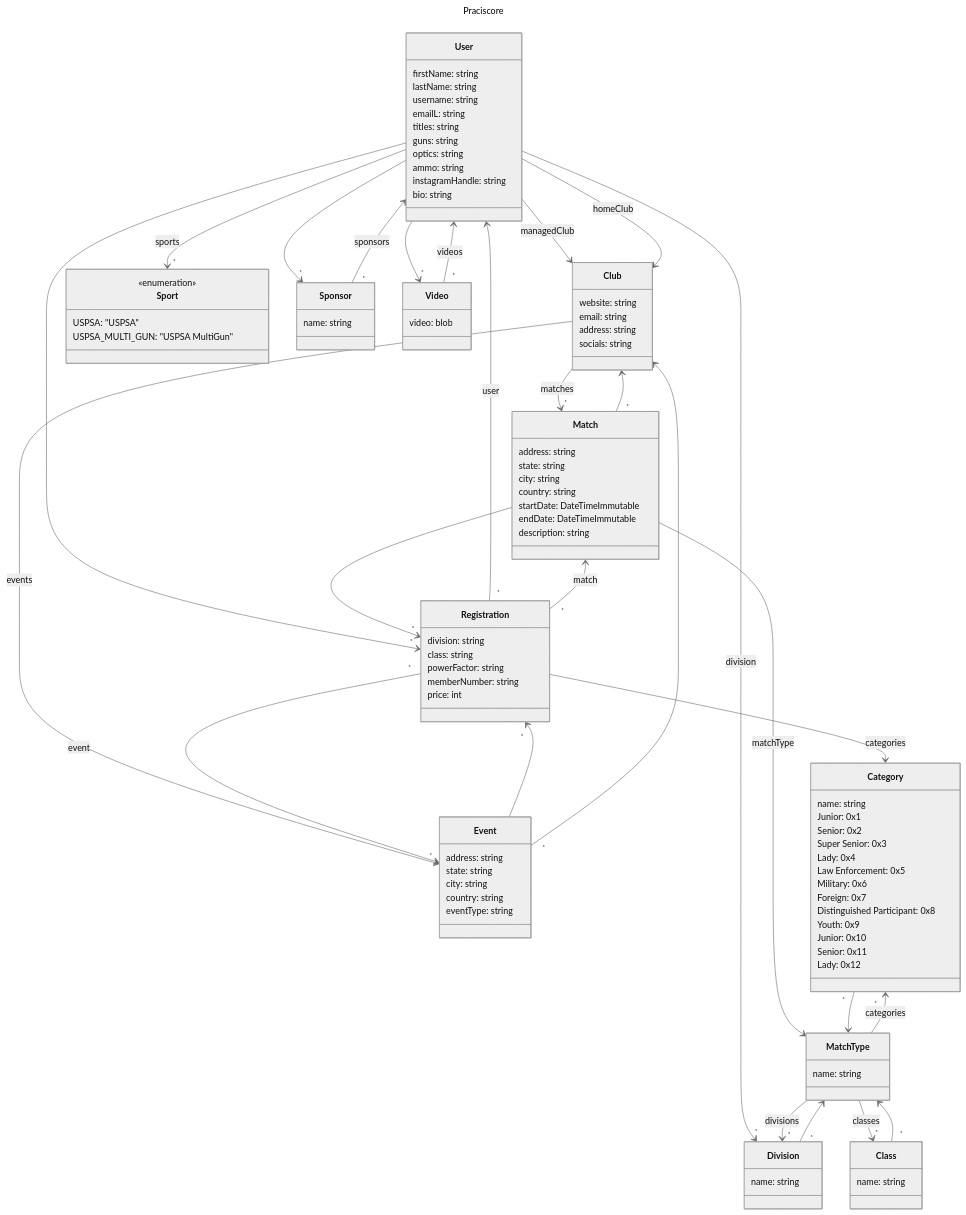
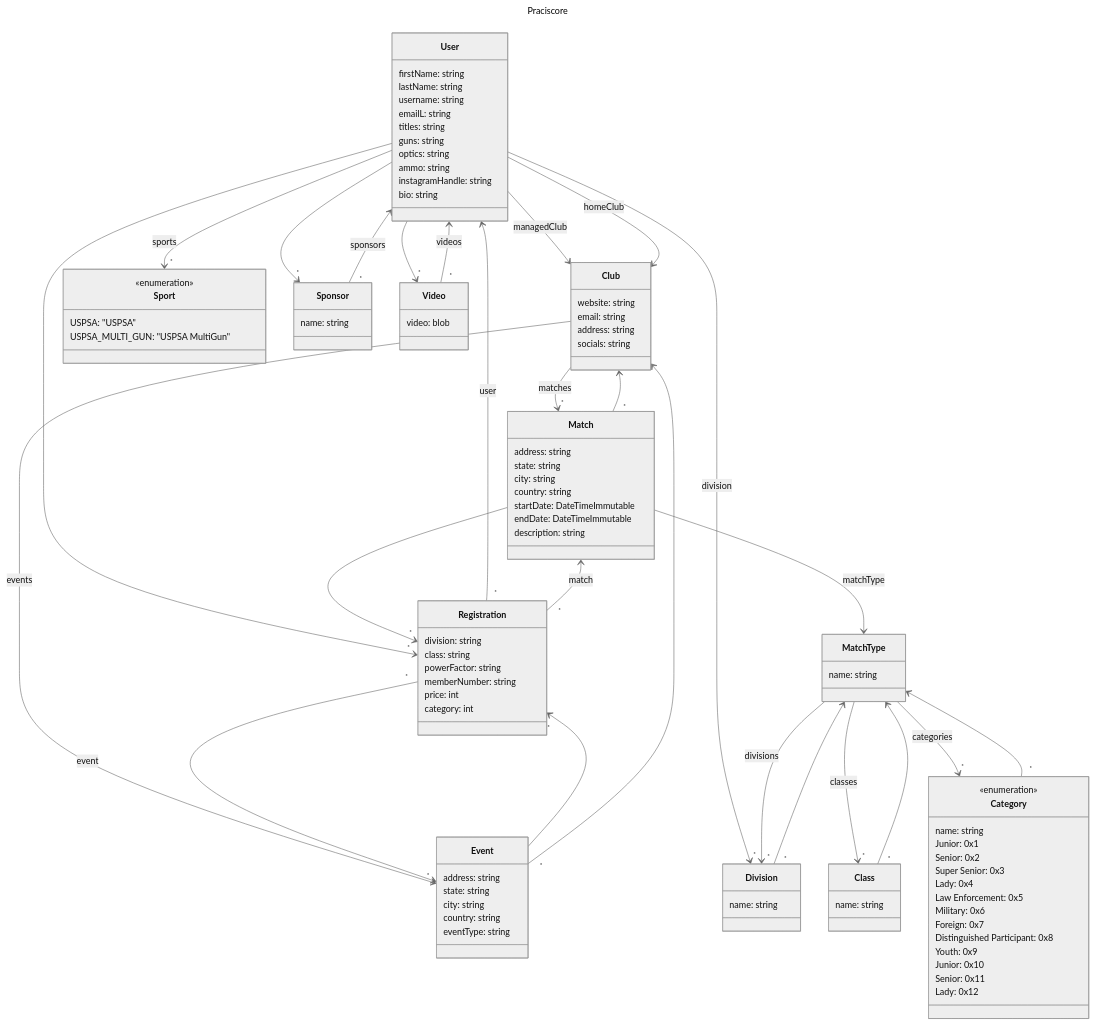
The diagram in docs/class_diagram.mmd (DankYoda/Practiscore), drawn with Mermaid (neutral theme) before and after one commit.

Commit message:
Added match type information

```diff
--- a/docs/class_diagram.mmd
+++ b/docs/class_diagram.mmd
@@ -1,115 +1,116 @@
 ---
 title: Praciscore
 ---
 classDiagram
     User --> Club: managedClub
     User --> Club: homeClub
     User --> "*" Sport: sports
     User --> "*" Division: division
     User --> "*" Sponsor
     User --> "*" Video
     User --> "*" Registration
     class User {
         firstName: string
         lastName: string
         username: string
         emailL: string
         titles: string
         guns: string
         optics: string
         ammo: string
         instagramHandle: string
         bio: string
     }
     Club --> "*" Match: matches
     Club --> "*" Event: events
     class Club {
         website: string
         email: string
         address: string
         socials: string
     }
     Match --> "*" Registration
     Match --> MatchType: matchType
     Match "*" --> Club
     class Match {
         address: string
         state: string
         city: string
         country: string
         startDate: DateTimeImmutable
         endDate: DateTimeImmutable
         description: string
     }
     Registration "*" --> User: user
     Registration "*" --> Event: event
     Registration "*" --> Match: match
-    Registration --> Category: categories
     class Registration {
         division: string
         class: string
         powerFactor: string
         memberNumber: string
         price: int
+        category: int
     }
 
     Event --> "*" Registration
     Event "*" --> Club
     class Event {
         address: string
         state: string
         city: string
         country: string
         eventType: string
     }
 
     MatchType --> "*" Division: divisions
     MatchType --> "*" Class: classes
     MatchType --> "*" Category: categories
     class MatchType {
         name: string
     }
     Division "*" --> MatchType
     class Division {
         name: string
     }
     Class "*" --> MatchType
     class Class {
         name: string
     }
     Category "*" --> MatchType
     class Category {
         name: string
     }
 
 
     Sponsor "*" --> User: sponsors
     class Sponsor {
         name: string
     }
 
     class Sport {
         <<enumeration>>
         USPSA: "USPSA"
         USPSA_MULTI_GUN: "USPSA MultiGun"
     }
 
     class Category {
+        <<enumeration>>
         Junior: 0x1
         Senior: 0x2
         Super Senior: 0x3
         Lady: 0x4
         Law Enforcement: 0x5
         Military: 0x6
         Foreign: 0x7
         Distinguished Participant: 0x8
         Youth: 0x9
         Junior: 0x10
         Senior: 0x11
         Lady: 0x12
     }
 
     Video "*" --> User: videos
     class Video {
         video: blob
     }
```
